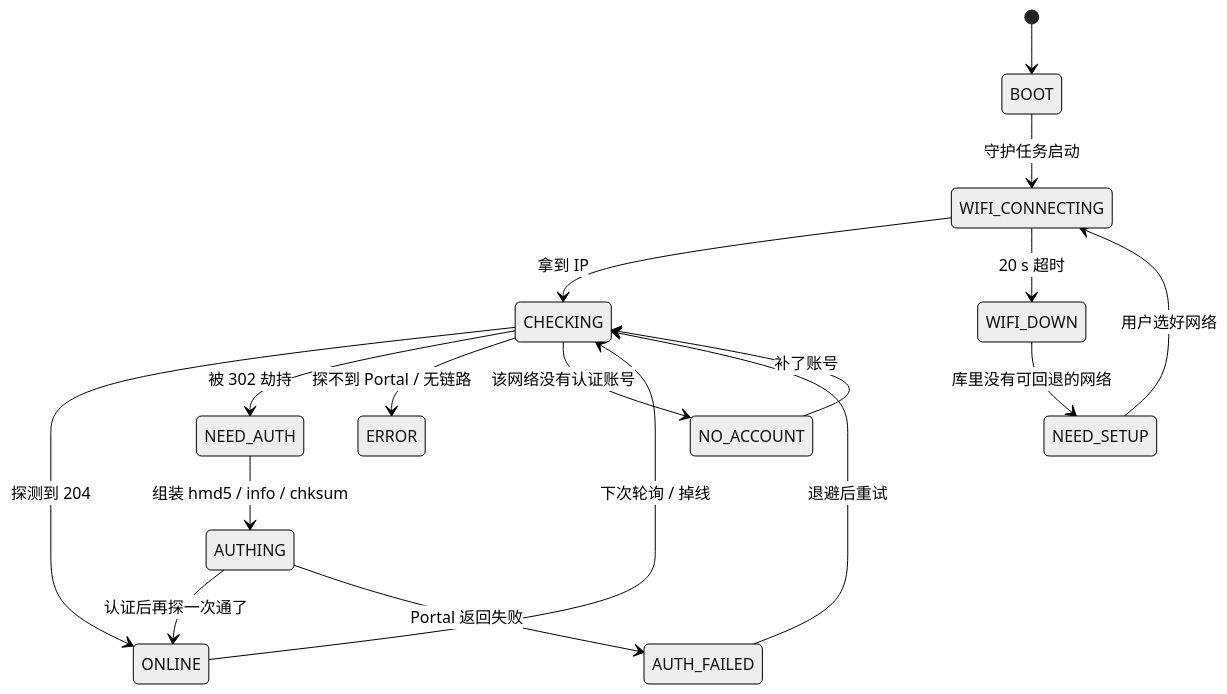
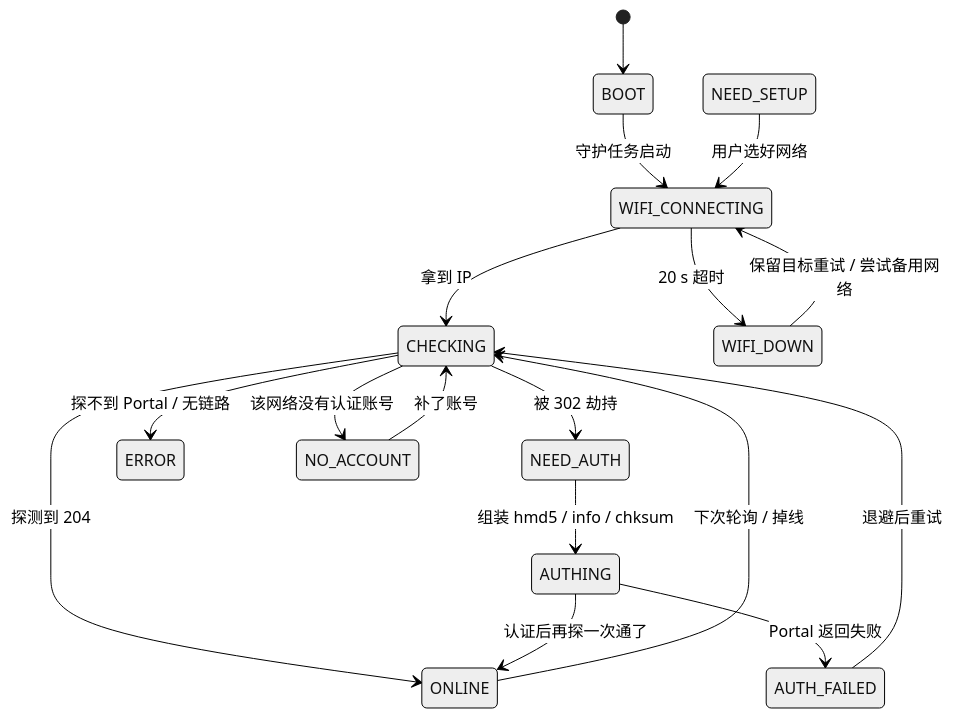
One commit to Tommie-P-xl/esp32s3-netkeeper changed the fifth of 7 diagrams in README.md. Above: the diagram before and after it, drawn with Mermaid (neutral theme). The commit also changed other lines of this file and 7 other files, not shown here.

````diff
--- a/README.md
+++ b/README.md
@@ -593,19 +623,19 @@
 ```mermaid
 stateDiagram-v2
     [*] --> BOOT
     BOOT --> WIFI_CONNECTING : 守护任务启动
     WIFI_CONNECTING --> CHECKING : 拿到 IP
     WIFI_CONNECTING --> WIFI_DOWN : 20 s 超时
     CHECKING --> ONLINE : 探测到 204
     CHECKING --> NEED_AUTH : 被 302 劫持
     CHECKING --> ERROR : 探不到 Portal / 无链路
     CHECKING --> NO_ACCOUNT : 该网络没有认证账号
     NEED_AUTH --> AUTHING : 组装 hmd5 / info / chksum
     AUTHING --> ONLINE : 认证后再探一次通了
     AUTHING --> AUTH_FAILED : Portal 返回失败
     ONLINE --> CHECKING : 下次轮询 / 掉线
     AUTH_FAILED --> CHECKING : 退避后重试
     NO_ACCOUNT --> CHECKING : 补了账号
-    WIFI_DOWN --> NEED_SETUP : 库里没有可回退的网络
+    WIFI_DOWN --> WIFI_CONNECTING : 保留目标重试 / 尝试备用网络
     NEED_SETUP --> WIFI_CONNECTING : 用户选好网络
 ```
````
